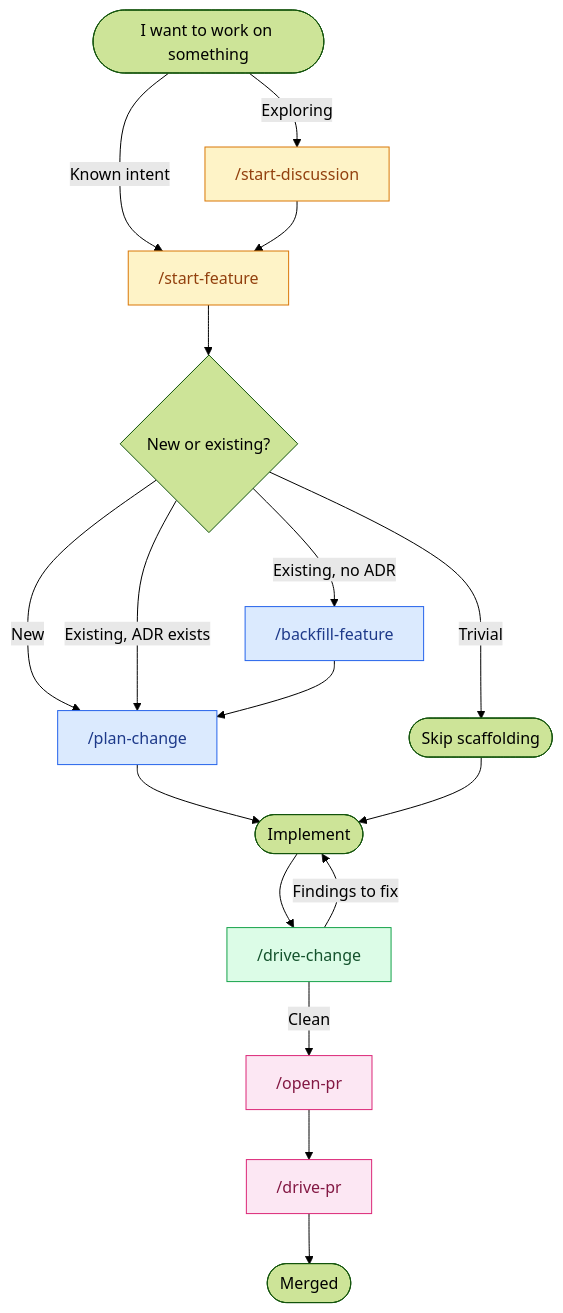
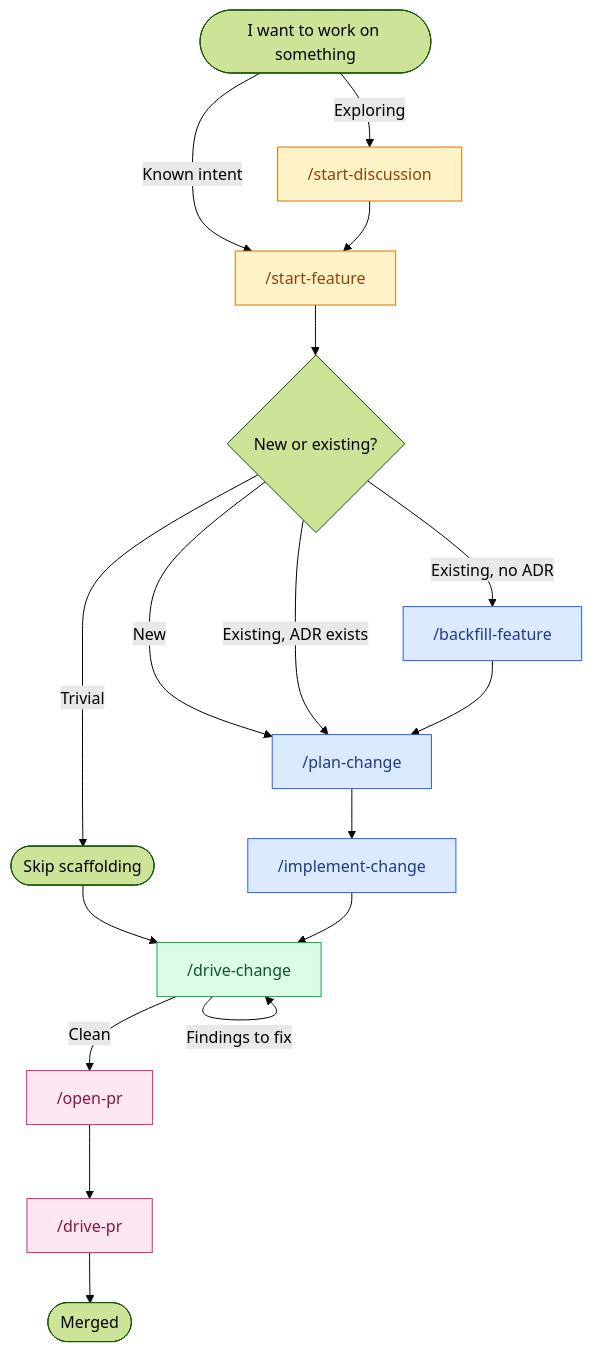
One commit to 0xdeafcafe/skills changed the diagram in README.md. Above: the diagram before and after it, drawn with Mermaid (forest theme). The commit also changed other lines of this file and 97 other files, not shown here.

````diff
--- a/README.md
+++ b/README.md
@@ -30,31 +30,31 @@
 ```mermaid
 flowchart TD
   Start(["I want to work on something"])
   Start -->|Known intent| StartFeature["/start-feature"]
   Start -->|Exploring| StartDiscussion["/start-discussion"]
   StartDiscussion --> StartFeature
 
   StartFeature --> Branch{New or existing?}
   Branch -->|New| Plan["/plan-change"]
   Branch -->|Existing, ADR exists| Plan
   Branch -->|Existing, no ADR| Backfill["/backfill-feature"]
   Backfill --> Plan
   Branch -->|Trivial| Skip([Skip scaffolding])
 
-  Plan --> Build([Implement])
-  Skip --> Build
-  Build --> DriveChange["/drive-change"]
-  DriveChange -->|Findings to fix| Build
+  Plan --> Impl["/implement-change"]
+  Skip --> DriveChange["/drive-change"]
+  Impl --> DriveChange
+  DriveChange -->|Findings to fix| DriveChange
   DriveChange -->|Clean| OpenPR["/open-pr"]
   OpenPR --> DrivePR["/drive-pr"]
   DrivePR --> Merged([Merged])
 
   classDef entry fill:#fef3c7,stroke:#d97706,color:#92400e
   classDef plan fill:#dbeafe,stroke:#2563eb,color:#1e3a8a
   classDef drive fill:#dcfce7,stroke:#16a34a,color:#14532d
   classDef ship fill:#fce7f3,stroke:#db2777,color:#831843
   class StartFeature,StartDiscussion entry
-  class Plan,Backfill plan
+  class Plan,Backfill,Impl plan
   class DriveChange drive
   class OpenPR,DrivePR ship
 ```
````
